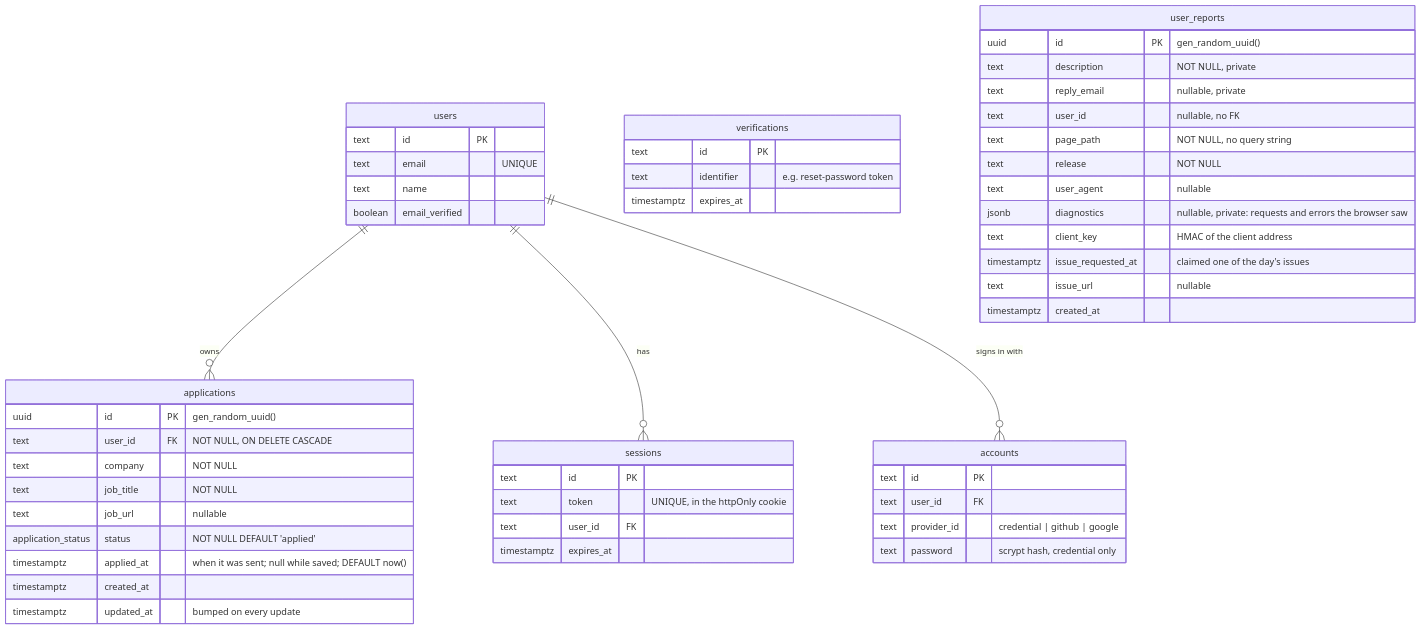
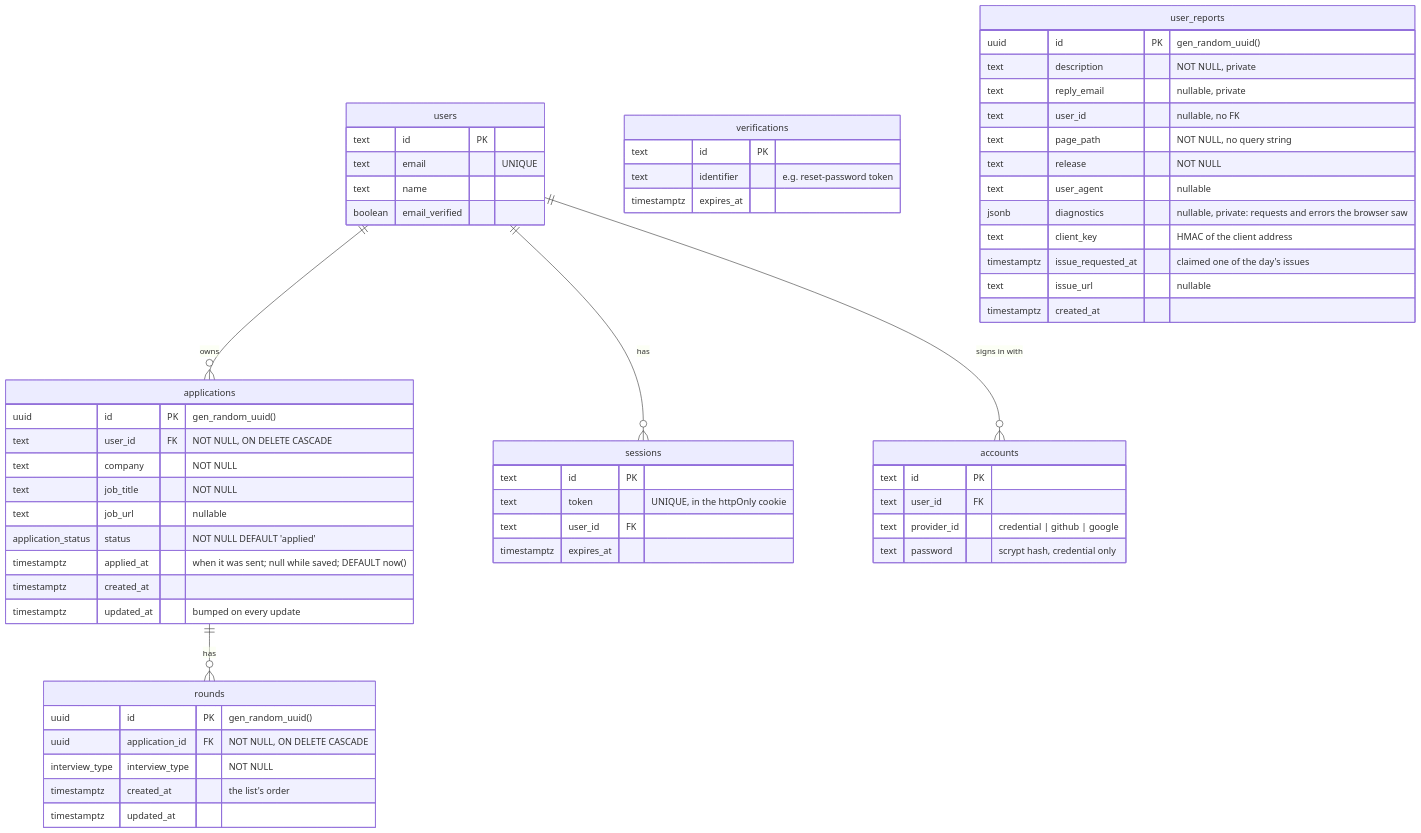
The third of 8 diagrams in docs/architecture.md (brianpatterson/roundtable), drawn with Mermaid before and after one commit. The commit also changed other lines of this file and 1 other file, not shown here.

Commit message:
docs: describe Rounds in the glossary and architecture

````diff
--- a/docs/architecture.md
+++ b/docs/architecture.md
@@ -201,54 +203,62 @@
 ```mermaid
 erDiagram
   users ||--o{ applications : owns
+  applications ||--o{ rounds : has
   users ||--o{ sessions : has
   users ||--o{ accounts : "signs in with"
   users {
     text id PK
     text email "UNIQUE"
     text name
     boolean email_verified
   }
   sessions {
     text id PK
     text token "UNIQUE, in the httpOnly cookie"
     text user_id FK
     timestamptz expires_at
   }
   accounts {
     text id PK
     text user_id FK
     text provider_id "credential | github | google"
     text password "scrypt hash, credential only"
   }
   verifications {
     text id PK
     text identifier "e.g. reset-password token"
     timestamptz expires_at
   }
   applications {
     uuid id PK "gen_random_uuid()"
     text user_id FK "NOT NULL, ON DELETE CASCADE"
     text company "NOT NULL"
     text job_title "NOT NULL"
     text job_url "nullable"
     application_status status "NOT NULL DEFAULT 'applied'"
     timestamptz applied_at "when it was sent; null while saved; DEFAULT now()"
     timestamptz created_at
     timestamptz updated_at "bumped on every update"
   }
+  rounds {
+    uuid id PK "gen_random_uuid()"
+    uuid application_id FK "NOT NULL, ON DELETE CASCADE"
+    interview_type interview_type "NOT NULL"
+    timestamptz created_at "the list's order"
+    timestamptz updated_at
+  }
   user_reports {
     uuid id PK "gen_random_uuid()"
     text description "NOT NULL, private"
     text reply_email "nullable, private"
     text user_id "nullable, no FK"
     text page_path "NOT NULL, no query string"
     text release "NOT NULL"
     text user_agent "nullable"
     jsonb diagnostics "nullable, private: requests and errors the browser saw"
     text client_key "HMAC of the client address"
     timestamptz issue_requested_at "claimed one of the day's issues"
     text issue_url "nullable"
     timestamptz created_at
   }
 ```
````
